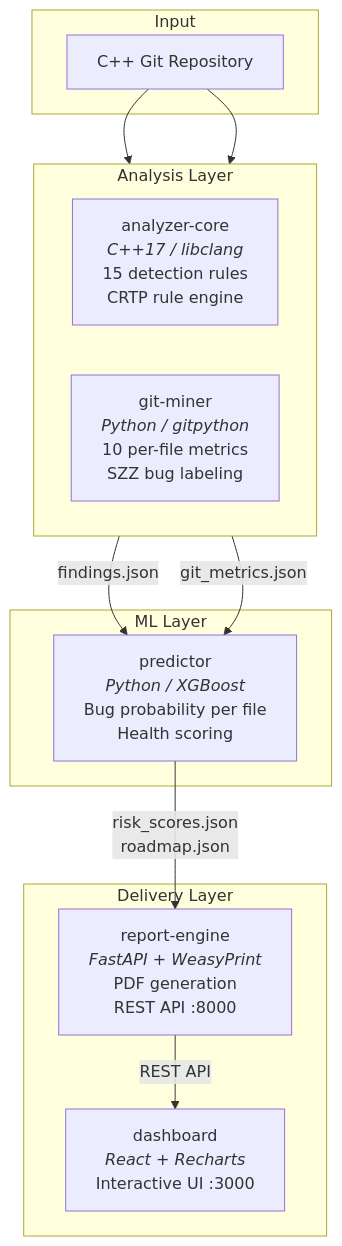
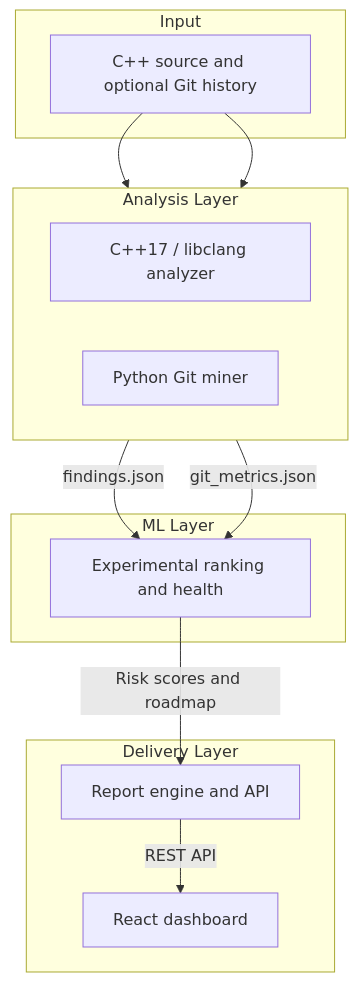
One commit to manju89jay/cppulse changed the diagram in README.md. Above: the diagram before and after it, drawn with Mermaid. The commit also changed other lines of this file and 49 other files, not shown here.

````diff
--- a/README.md
+++ b/README.md
@@ -38,28 +134,28 @@
 ```mermaid
 flowchart TB
     subgraph Input
-        REPO["C++ Git Repository"]
+        REPO["C++ source and optional Git history"]
     end
 
     subgraph Analysis ["Analysis Layer"]
         direction LR
-        AC["analyzer-core<br/><i>C++17 / libclang</i><br/>15 detection rules<br/>CRTP rule engine"]
-        GM["git-miner<br/><i>Python / gitpython</i><br/>10 per-file metrics<br/>SZZ bug labeling"]
+        AC["C++17 / libclang analyzer"]
+        GM["Python Git miner"]
     end
 
     subgraph ML ["ML Layer"]
-        PR["predictor<br/><i>Python / XGBoost</i><br/>Bug probability per file<br/>Health scoring"]
+        PR["Experimental ranking and health"]
     end
 
     subgraph Delivery ["Delivery Layer"]
-        RE["report-engine<br/><i>FastAPI + WeasyPrint</i><br/>PDF generation<br/>REST API :8000"]
-        DB["dashboard<br/><i>React + Recharts</i><br/>Interactive UI :3000"]
+        RE["Report engine and API"]
+        DB["React dashboard"]
     end
 
     REPO --> AC
     REPO --> GM
     AC -- "findings.json" --> PR
     GM -- "git_metrics.json" --> PR
-    PR -- "risk_scores.json<br/>roadmap.json" --> RE
+    PR -- "Risk scores and roadmap" --> RE
     RE -- "REST API" --> DB
 ```
````
